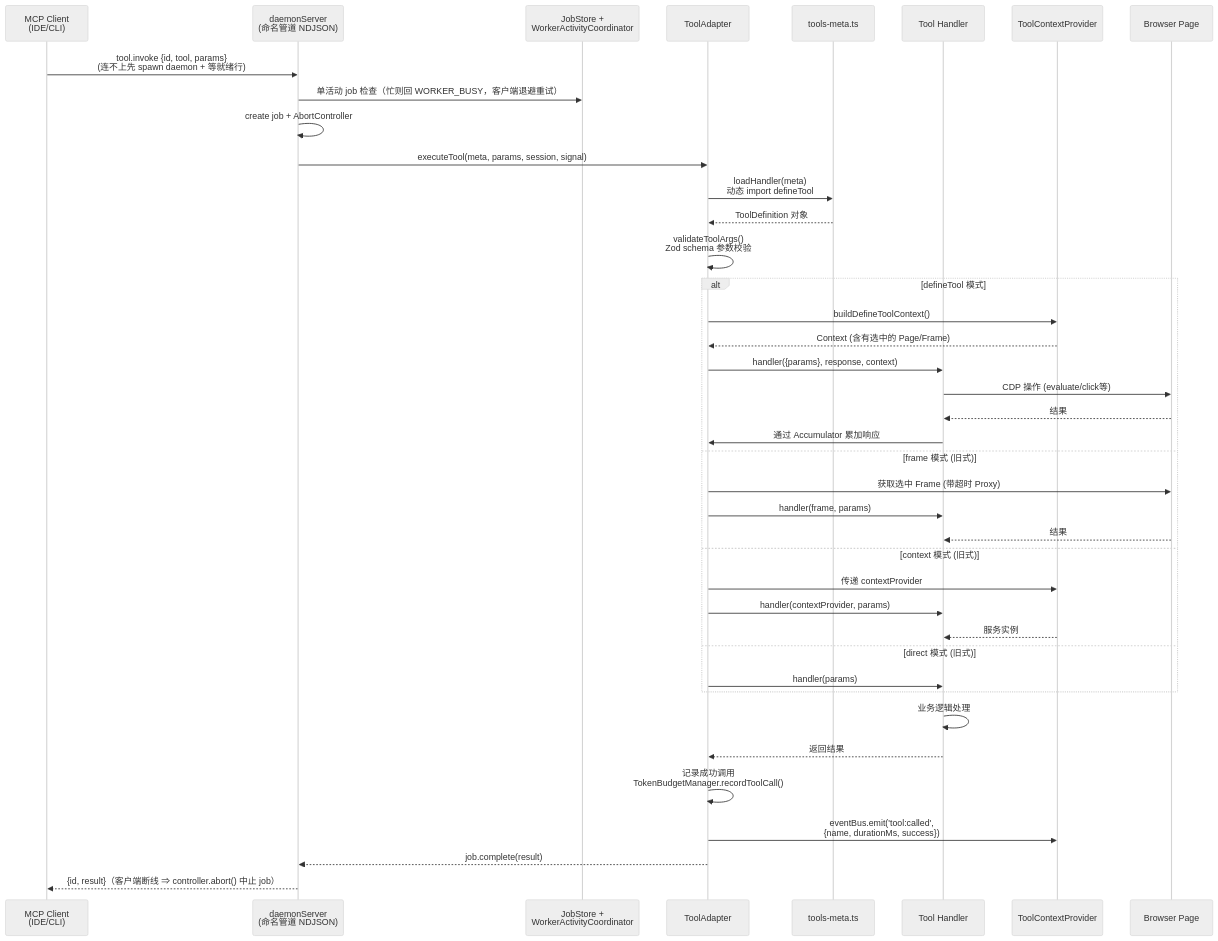
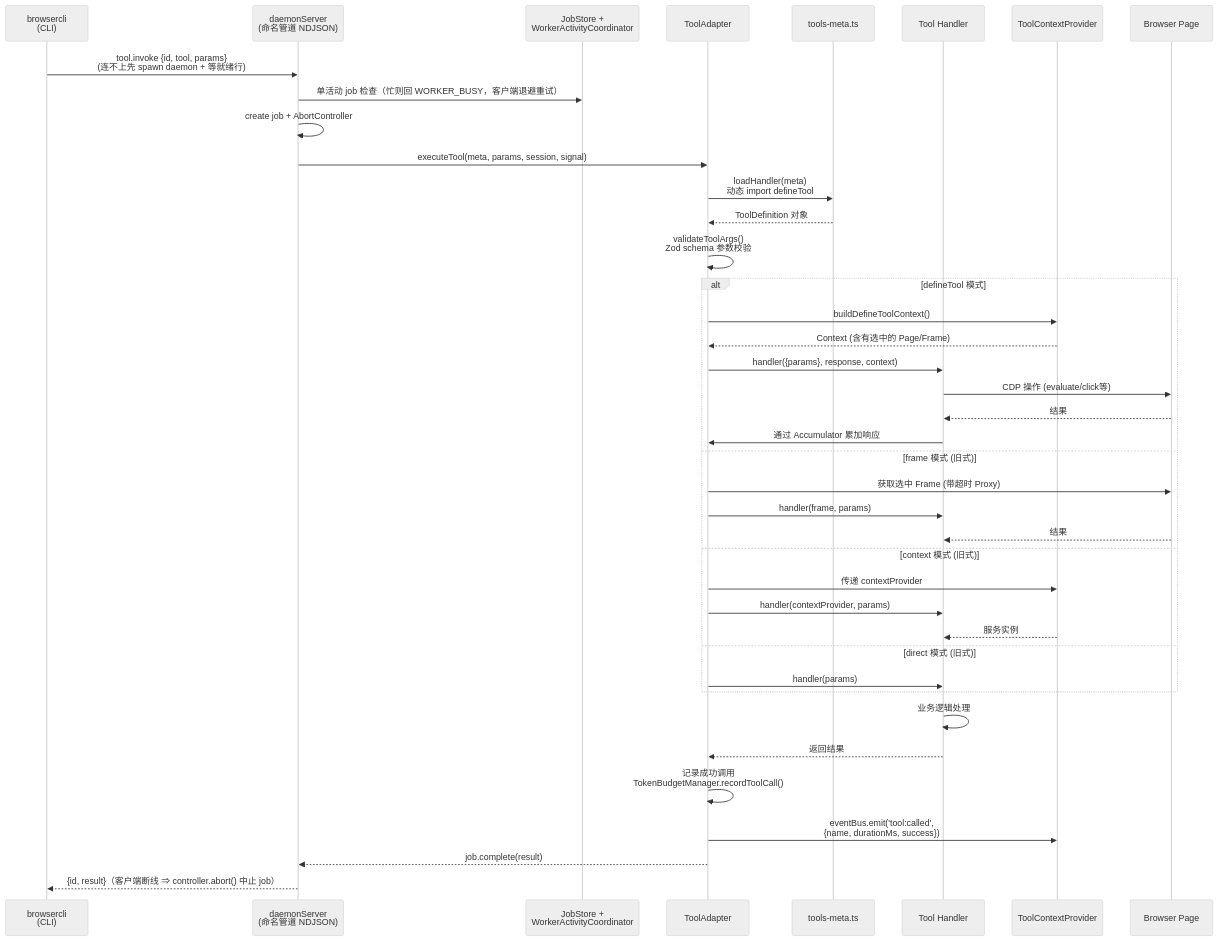
Before and after one commit to ruoxhub/browsercli: the second of 3 diagrams in README.md, drawn with Mermaid (neutral theme). The commit also changed other lines of this file and 18 other files, not shown here.

First line of the commit message:
docs(daemon): retire MCP entry point documentation, position as daemon-cli

````diff
--- a/README.md
+++ b/README.md
@@ -594,48 +592,48 @@
 ```mermaid
 sequenceDiagram
-    participant Client as MCP Client<br/>(IDE/CLI)
+    participant Client as browsercli<br/>(CLI)
     participant Daemon as daemonServer<br/>(命名管道 NDJSON)
     participant Job as JobStore +<br/>WorkerActivityCoordinator
     participant Adapter as ToolAdapter
     participant Meta as tools-meta.ts
     participant Handler as Tool Handler
     participant CP as ToolContextProvider
     participant Page as Browser Page
 
     Client->>Daemon: tool.invoke {id, tool, params}<br/>(连不上先 spawn daemon + 等就绪行)
     Daemon->>Job: 单活动 job 检查（忙则回 WORKER_BUSY，客户端退避重试）
     Daemon->>Daemon: create job + AbortController
 
     Daemon->>Adapter: executeTool(meta, params, session, signal)
     Adapter->>Meta: loadHandler(meta)<br/>动态 import defineTool
     Meta-->>Adapter: ToolDefinition 对象
     Adapter->>Adapter: validateToolArgs()<br/>Zod schema 参数校验
 
     alt defineTool 模式
         Adapter->>CP: buildDefineToolContext()
         CP-->>Adapter: Context (含有选中的 Page/Frame)
         Adapter->>Handler: handler({params}, response, context)
         Handler->>Page: CDP 操作 (evaluate/click等)
         Page-->>Handler: 结果
         Handler->>Adapter: 通过 Accumulator 累加响应
     else frame 模式 (旧式)
         Adapter->>Page: 获取选中 Frame (带超时 Proxy)
         Adapter->>Handler: handler(frame, params)
         Page-->>Handler: 结果
     else context 模式 (旧式)
         Adapter->>CP: 传递 contextProvider
         Adapter->>Handler: handler(contextProvider, params)
         CP-->>Handler: 服务实例
     else direct 模式 (旧式)
         Adapter->>Handler: handler(params)
     end
 
     Handler->>Handler: 业务逻辑处理
     Handler-->>Adapter: 返回结果
 
     Adapter->>Adapter: 记录成功调用<br/>TokenBudgetManager.recordToolCall()
     Adapter->>CP: eventBus.emit('tool:called',<br/>{name, durationMs, success})
     Adapter-->>Daemon: job.complete(result)
 
     Daemon-->>Client: {id, result}（客户端断线 ⇒ controller.abort() 中止 job）
 ```
````
